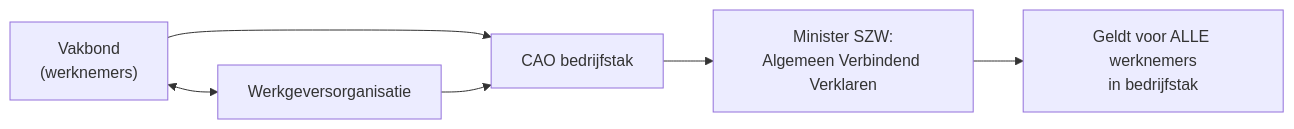
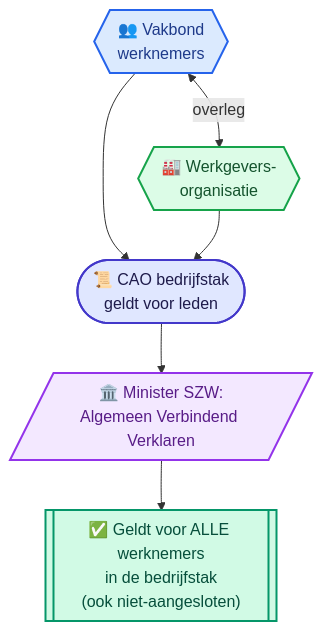
The tenth of 23 diagrams in Volledige_Samenvatting_H1_H2.md (ateknol/HAVO-Economie-examen), drawn with Mermaid before and after one commit. The commit also changed other lines of this file and 3 other files, not shown here.

````diff
--- a/Volledige_Samenvatting_H1_H2.md
+++ b/Volledige_Samenvatting_H1_H2.md
@@ -544,8 +723,25 @@
 ```mermaid
-flowchart LR
-    V["Vakbond<br/>(werknemers)"] <--> WG["Werkgeversorganisatie"]
-    V --> CAO["CAO bedrijfstak"]
+flowchart TD
+    V{{"👥 Vakbond<br/>werknemers"}}
+    WG{{"🏭 Werkgevers-<br/>organisatie"}}
+    CAO(["📜 CAO bedrijfstak<br/>geldt voor leden"])
+    AVV[/"🏛️ Minister SZW:<br/>Algemeen Verbindend Verklaren"/]
+    All[["✅ Geldt voor ALLE werknemers<br/>in de bedrijfstak<br/>(ook niet-aangesloten)"]]
+
+    V <-->|"overleg"| WG
+    V --> CAO
     WG --> CAO
-    CAO --> AVV["Minister SZW:<br/>Algemeen Verbindend Verklaren"]
-    AVV --> Iedereen["Geldt voor ALLE werknemers<br/>in bedrijfstak"]
+    CAO --> AVV --> All
+
+    classDef cons fill:#dbeafe,stroke:#2563eb,stroke-width:2px,color:#1e3a8a
+    classDef prod fill:#dcfce7,stroke:#16a34a,stroke-width:2px,color:#14532d
+    classDef proces fill:#e0e7ff,stroke:#4338ca,stroke-width:2px,color:#1e1b4b
+    classDef overheid fill:#f3e8ff,stroke:#9333ea,stroke-width:2px,color:#581c87
+    classDef goed fill:#d1fae5,stroke:#059669,stroke-width:2px,color:#064e3b
+
+    class V cons
+    class WG prod
+    class CAO proces
+    class AVV overheid
+    class All goed
 ```
````
